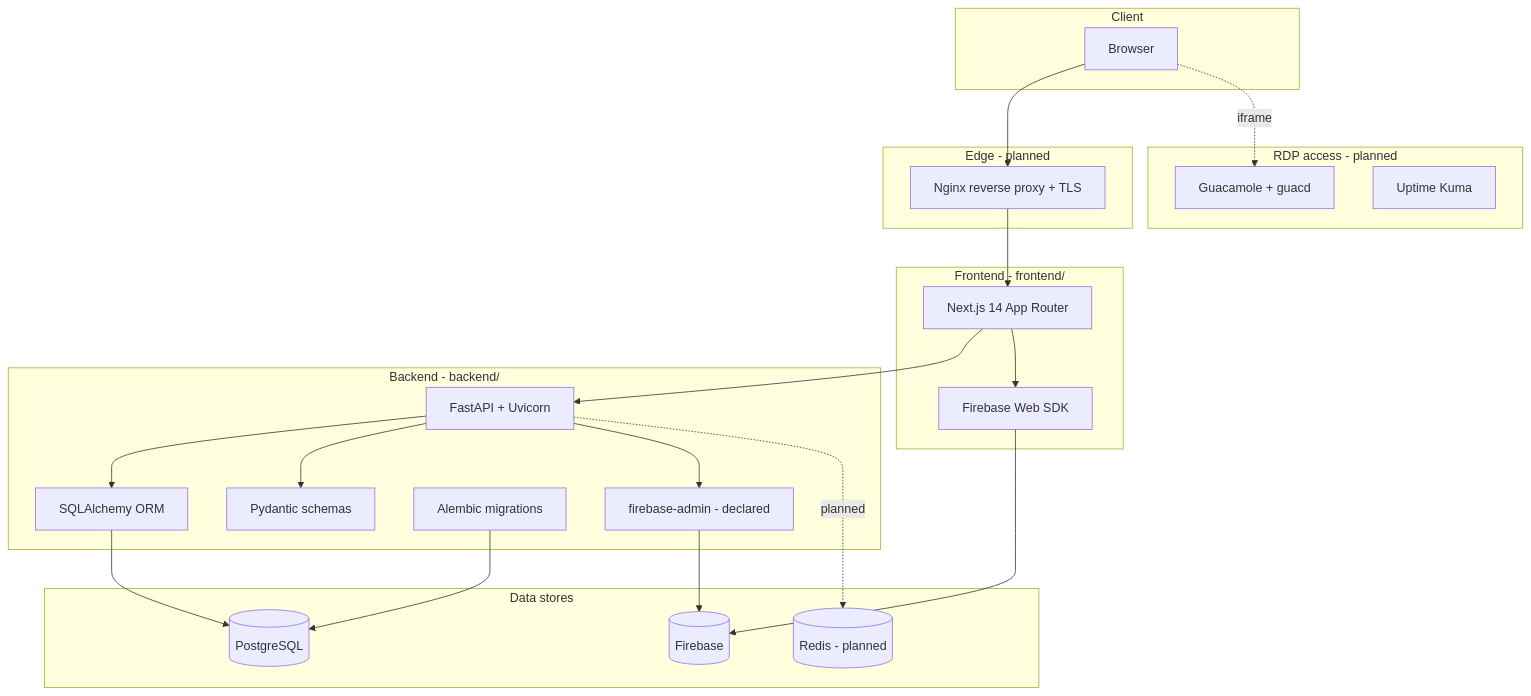
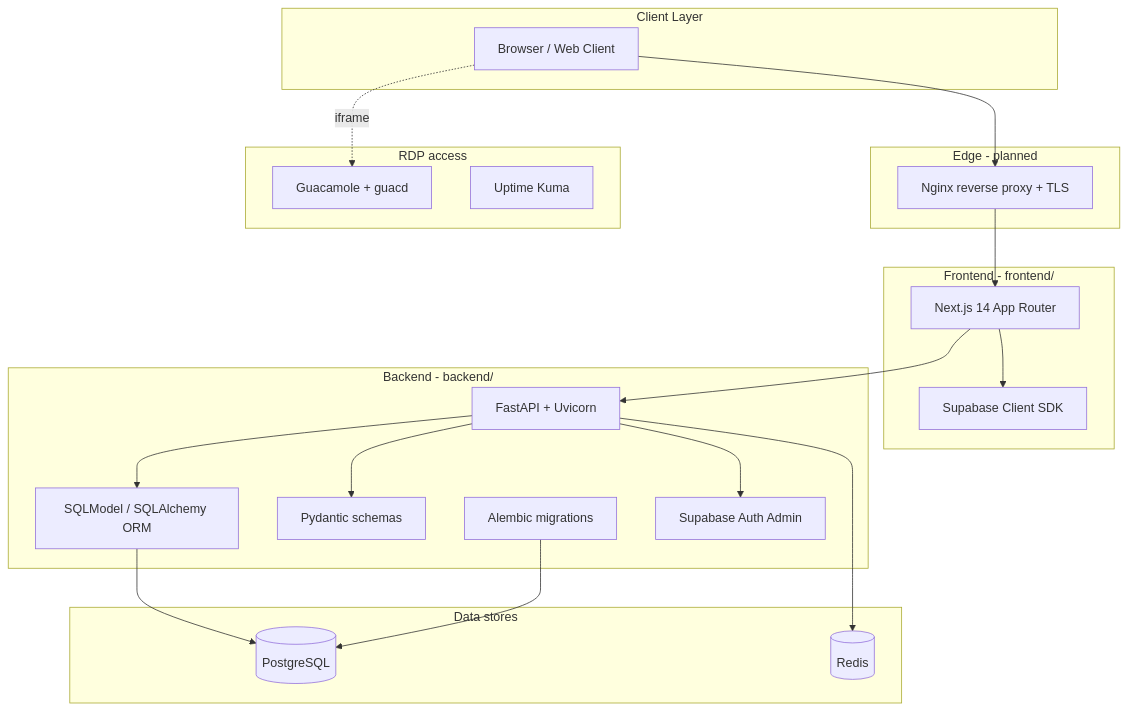
One commit to supportglobalsolutions-ui/Workforce-Allocation-Platform changed the diagram in docs/tech-stack.md. Above: the diagram before and after it, drawn with Mermaid. The commit also changed other lines of this file and 27 other files, not shown here.

Commit message:
refactor: eliminate all legacy Firebase references, rename firebase_uid to auth_user_id across backend and docs

````diff
--- a/docs/tech-stack.md
+++ b/docs/tech-stack.md
@@ -26,44 +10,43 @@
 ```mermaid
-flowchart TB
-    subgraph client [Client]
-        Browser[Browser]
+graph TD
+    subgraph client [Client Layer]
+        Browser[Browser / Web Client]
     end
 
     subgraph edge [Edge - planned]
         Nginx[Nginx reverse proxy + TLS]
     end
 
     subgraph fe [Frontend - frontend/]
         Next[Next.js 14 App Router]
-        FbSdk[Firebase Web SDK]
+        SupaSdk[Supabase Client SDK]
     end
 
     subgraph be [Backend - backend/]
         FastApi[FastAPI + Uvicorn]
-        SqlAlchemy[SQLAlchemy ORM]
+        SqlModel[SQLModel / SQLAlchemy ORM]
         PydanticSchemas[Pydantic schemas]
         Alembic[Alembic migrations]
-        FbAdmin[firebase-admin - declared]
+        SupaAuth[Supabase Auth Admin]
     end
 
     subgraph data [Data stores]
         Postgres[(PostgreSQL)]
-        Firestore[(Firebase)]
-        Redis[(Redis - planned)]
+        Redis[(Redis)]
     end
 
-    subgraph rdp [RDP access - planned]
+    subgraph rdp [RDP access]
         Guac[Guacamole + guacd]
         Kuma[Uptime Kuma]
     end
 
     Browser --> Nginx --> Next
     Next --> FastApi
-    Next --> FbSdk --> Firestore
-    FastApi --> SqlAlchemy --> Postgres
+    Next --> SupaSdk
+    FastApi --> SqlModel --> Postgres
     FastApi --> PydanticSchemas
     Alembic --> Postgres
-    FastApi --> FbAdmin --> Firestore
-    FastApi -.planned.-> Redis
+    FastApi --> SupaAuth
+    FastApi --> Redis
     Browser -.iframe.-> Guac
 ```
````
